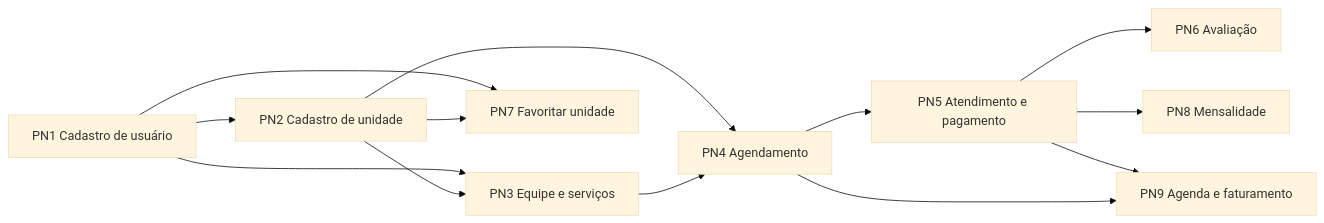
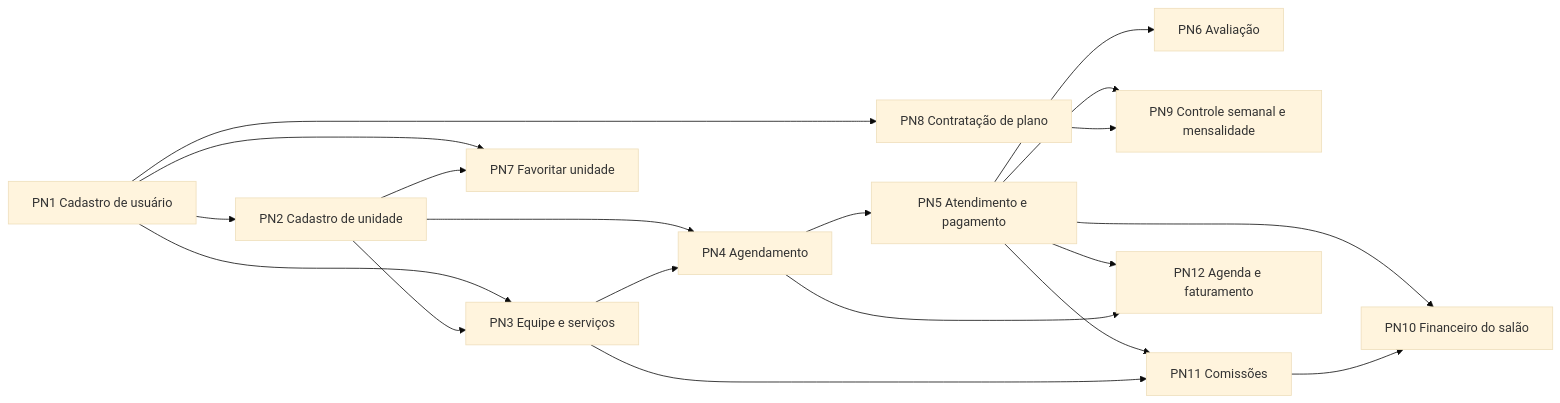
One commit to H3n2ry/code-e-corte-modelagem changed the eighth of 8 diagrams in README.md. Above: the diagram before and after it, drawn with Mermaid (base theme). The commit also changed other lines of this file and 1 other file, not shown here.

````diff
--- a/README.md
+++ b/README.md
@@ -306,15 +450,21 @@
 ```mermaid
 flowchart LR
     PN1[PN1 Cadastro de usuário] --> PN2[PN2 Cadastro de unidade]
     PN1 --> PN3[PN3 Equipe e serviços]
     PN2 --> PN3
     PN2 --> PN4[PN4 Agendamento]
     PN3 --> PN4
     PN1 --> PN7[PN7 Favoritar unidade]
     PN2 --> PN7
+    PN1 --> PN8[PN8 Contratação de plano]
     PN4 --> PN5[PN5 Atendimento e pagamento]
     PN5 --> PN6[PN6 Avaliação]
-    PN5 --> PN8[PN8 Mensalidade]
-    PN5 --> PN9[PN9 Agenda e faturamento]
-    PN4 --> PN9
+    PN5 --> PN9[PN9 Controle semanal e mensalidade]
+    PN8 --> PN9
+    PN5 --> PN10[PN10 Financeiro do salão]
+    PN5 --> PN11[PN11 Comissões]
+    PN3 --> PN11
+    PN11 --> PN10
+    PN5 --> PN12[PN12 Agenda e faturamento]
+    PN4 --> PN12
 ```
````
